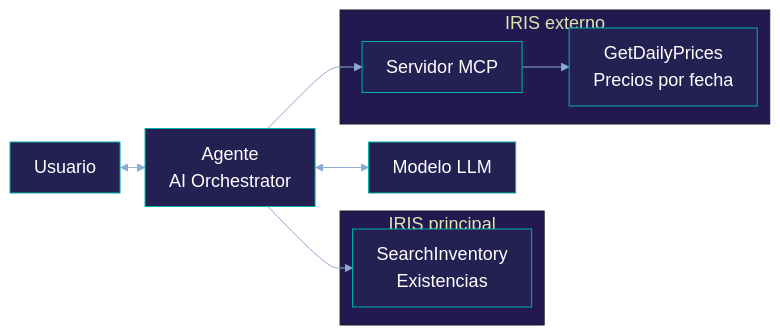
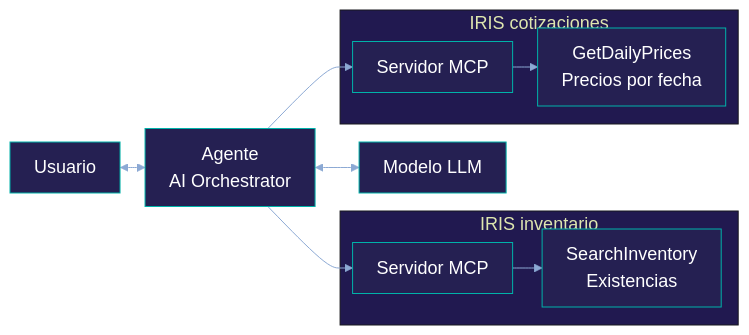
The third of 3 diagrams in demo/slides.md (intersystems-ib/ai-orchestrator), drawn with Mermaid before and after one commit. The commit also changed other lines of this file and 51 other files, not shown here.

````diff
--- a/demo/slides.md
+++ b/demo/slides.md
@@ -419,14 +418,14 @@
 ```mermaid {scale: 0.65}
 %%{init: {'theme':'base','flowchart':{'nodeSpacing':16,'rankSpacing':25,'padding':12},'themeVariables':{'background':'#0b0922','primaryColor':'#252052','primaryTextColor':'#ffffff','primaryBorderColor':'#00b2a9','lineColor':'#8ca9d4','secondaryColor':'#111025','tertiaryColor':'#211950','fontFamily':'Verdana','fontSize':'18px'}}}%%
 flowchart LR
   U[Usuario] <--> A[Agente<br/>AI Orchestrator]
   A <--> L[Modelo LLM]
-  subgraph LOCAL[IRIS principal]
-    I[SearchInventory<br/>Existencias]
+  subgraph INVENTARIO[IRIS inventario]
+    MI[Servidor MCP] --> I[SearchInventory<br/>Existencias]
   end
-  subgraph REMOTO[IRIS externo]
+  subgraph PRECIOS[IRIS cotizaciones]
     M[Servidor MCP] --> P[GetDailyPrices<br/>Precios por fecha]
   end
-  A --> I
+  A --> MI
   A --> M
 ```
````
